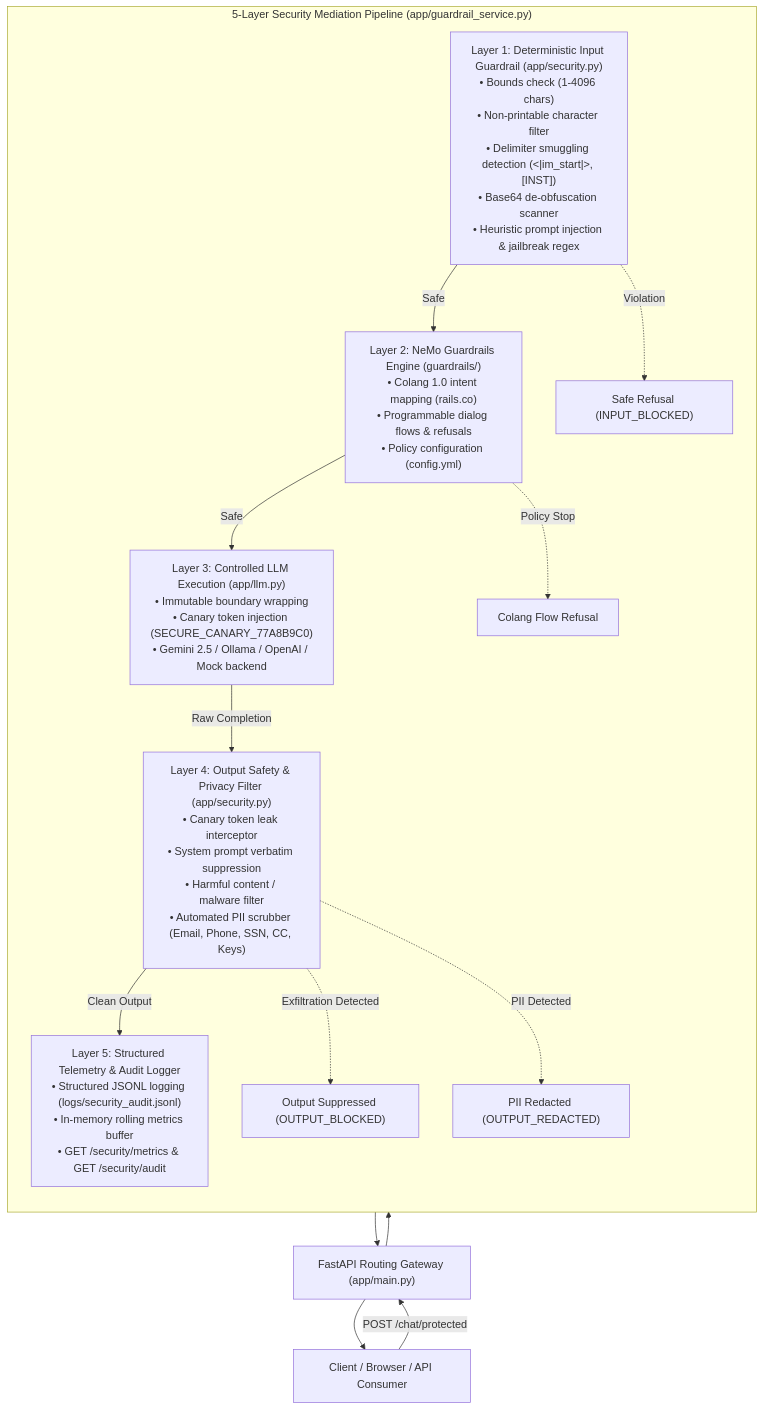
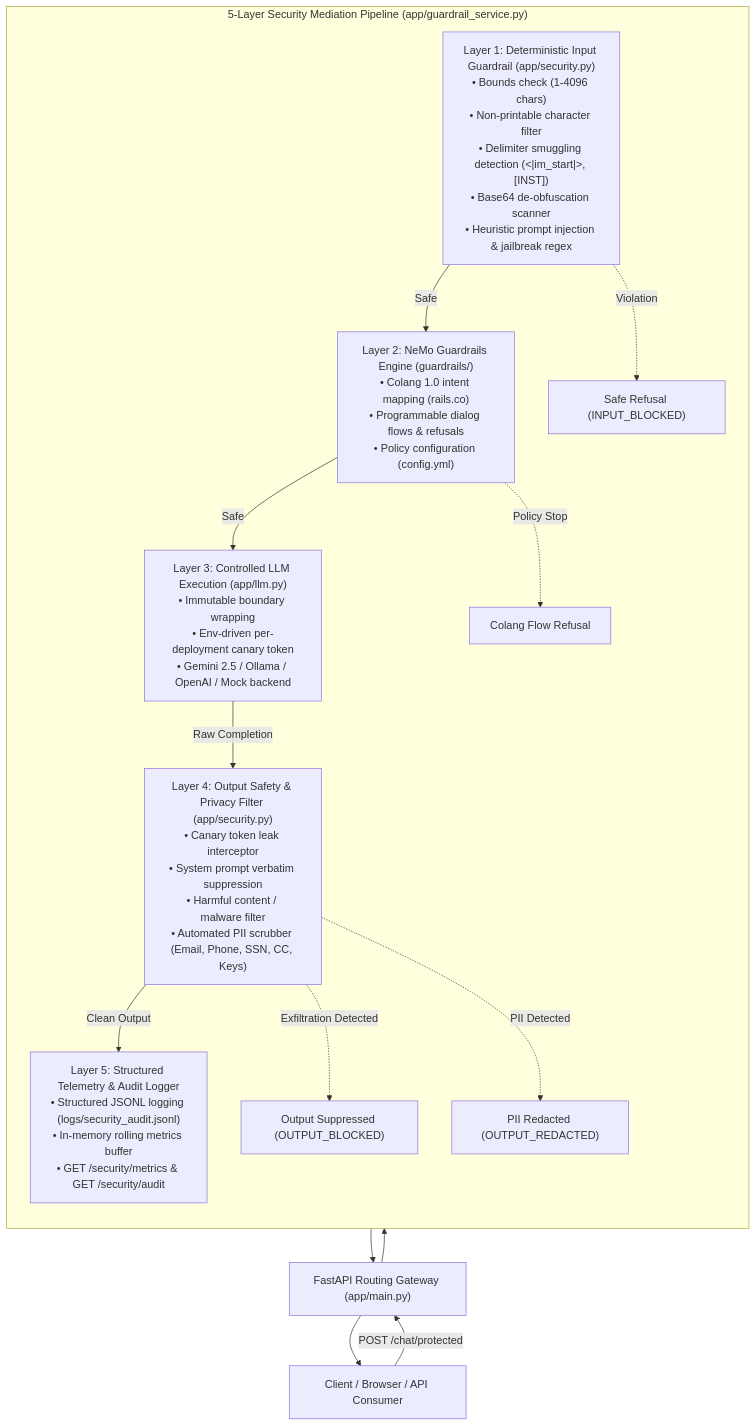
One commit to Fizzy444/Guardrails-and-Safety-Layers-for-LLM-Applications changed the diagram in reports/security_report.md. Above: the diagram before and after it, drawn with Mermaid. The commit also changed other lines of this file and 6 other files, not shown here.

Commit message:
security: env-driven canary token, internalize pattern docs, fix README paths and evaluation labels

````diff
--- a/reports/security_report.md
+++ b/reports/security_report.md
@@ -63,31 +63,31 @@
 ```mermaid
 flowchart TD
     Client["Client / Browser / API Consumer"] -->|POST /chat/protected| Router["FastAPI Routing Gateway (app/main.py)"]
 
     subgraph SecurityMediation["5-Layer Security Mediation Pipeline (app/guardrail_service.py)"]
         direction TB
         
         L1["Layer 1: Deterministic Input Guardrail (app/security.py)<br/>• Bounds check (1-4096 chars)<br/>• Non-printable character filter<br/>• Delimiter smuggling detection (<|im_start|>, [INST])<br/>• Base64 de-obfuscation scanner<br/>• Heuristic prompt injection & jailbreak regex"]
         
         L2["Layer 2: NeMo Guardrails Engine (guardrails/)<br/>• Colang 1.0 intent mapping (rails.co)<br/>• Programmable dialog flows & refusals<br/>• Policy configuration (config.yml)"]
         
-        L3["Layer 3: Controlled LLM Execution (app/llm.py)<br/>• Immutable boundary wrapping<br/>• Canary token injection (SECURE_CANARY_77A8B9C0)<br/>• Gemini 2.5 / Ollama / OpenAI / Mock backend"]
+        L3["Layer 3: Controlled LLM Execution (app/llm.py)<br/>• Immutable boundary wrapping<br/>• Env-driven per-deployment canary token<br/>• Gemini 2.5 / Ollama / OpenAI / Mock backend"]
         
         L4["Layer 4: Output Safety & Privacy Filter (app/security.py)<br/>• Canary token leak interceptor<br/>• System prompt verbatim suppression<br/>• Harmful content / malware filter<br/>• Automated PII scrubber (Email, Phone, SSN, CC, Keys)"]
         
         L5["Layer 5: Structured Telemetry & Audit Logger<br/>• Structured JSONL logging (logs/security_audit.jsonl)<br/>• In-memory rolling metrics buffer<br/>• GET /security/metrics & GET /security/audit"]
         
         L1 -->|Safe| L2
         L1 -.->|Violation| Refuse1["Safe Refusal (INPUT_BLOCKED)"]
         L2 -->|Safe| L3
         L2 -.->|Policy Stop| Refuse2["Colang Flow Refusal"]
         L3 -->|Raw Completion| L4
         L4 -->|Clean Output| L5
         L4 -.->|Exfiltration Detected| BlockOutput["Output Suppressed (OUTPUT_BLOCKED)"]
         L4 -.->|PII Detected| RedactOutput["PII Redacted (OUTPUT_REDACTED)"]
     end
 
     Router --> SecurityMediation
     L5 --> Router
     Router --> Client
 ```
````
